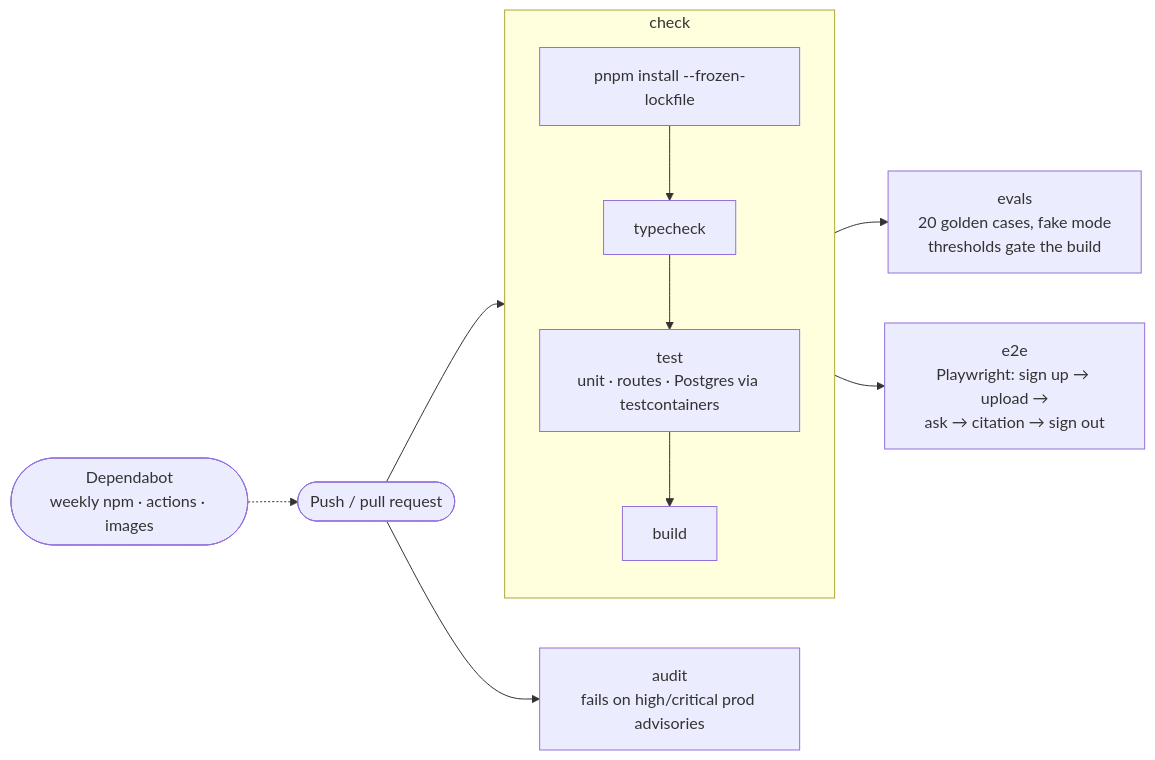
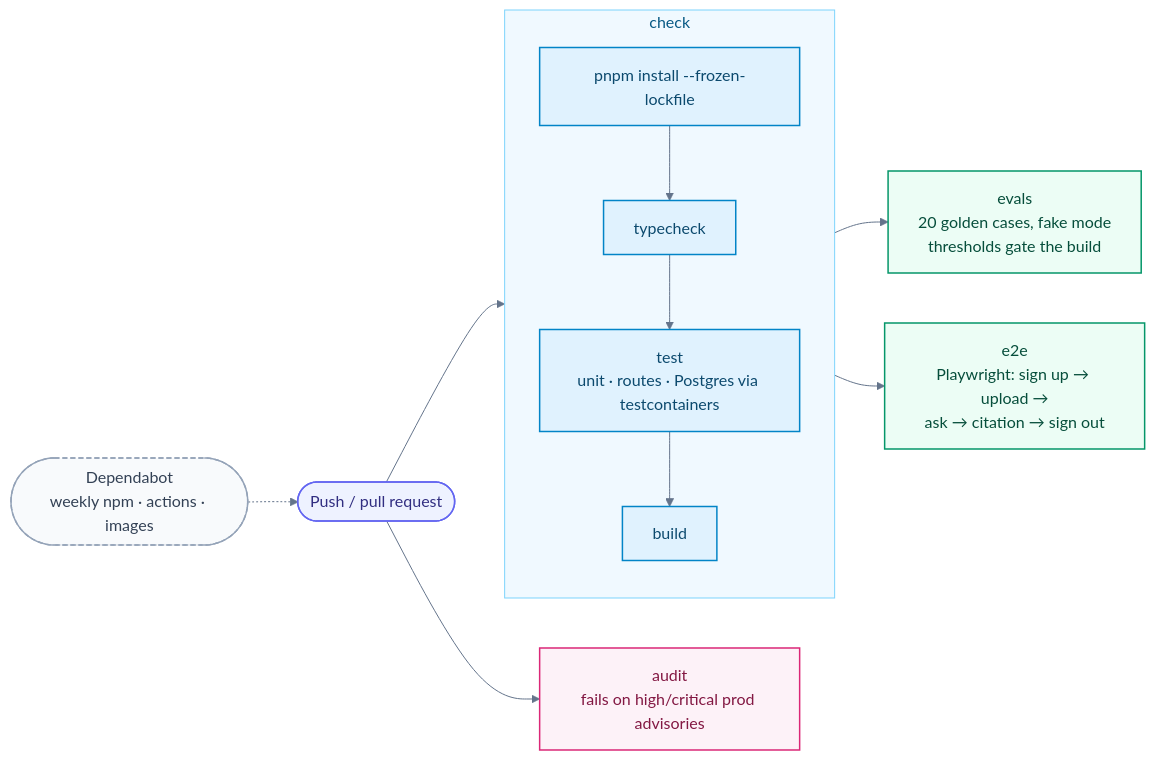
One commit to mrussum/practice-intel changed the eighth of 9 diagrams in docs/architecture.md. Above: the diagram before and after it, drawn with Mermaid. The commit also changed other lines of this file, not shown here.

First line of the commit message:
docs: colour-code the architecture diagrams

````diff
--- a/docs/architecture.md
+++ b/docs/architecture.md
@@ -285,17 +369,28 @@
 ```mermaid
+%%{init: {"theme":"base","themeVariables":{"primaryColor":"#E0F2FE","primaryBorderColor":"#0284C7","primaryTextColor":"#0F172A","lineColor":"#64748B","clusterBkg":"#F8FAFC","clusterBorder":"#CBD5E1","edgeLabelBackground":"#FFFFFF","titleColor":"#334155"}}}%%
 flowchart LR
-  push(["Push / pull request"]) --> check
+  push(["Push / pull request"]):::client --> check
   push --> audit
 
   subgraph check["check"]
     direction TB
-    c1["pnpm install --frozen-lockfile"] --> c2["typecheck"] --> c3["test<br/>unit · routes · Postgres via testcontainers"] --> c4["build"]
+    c1["pnpm install --frozen-lockfile"]:::app --> c2["typecheck"]:::app --> c3["test<br/>unit · routes · Postgres via testcontainers"]:::app --> c4["build"]:::app
   end
 
-  audit["audit<br/>fails on high/critical prod advisories"]
+  audit["audit<br/>fails on high/critical prod advisories"]:::sec
 
-  check --> evals["evals<br/>20 golden cases, fake mode<br/>thresholds gate the build"]
-  check --> e2e["e2e<br/>Playwright: sign up → upload →<br/>ask → citation → sign out"]
+  check --> evals["evals<br/>20 golden cases, fake mode<br/>thresholds gate the build"]:::data
+  check --> e2e["e2e<br/>Playwright: sign up → upload →<br/>ask → citation → sign out"]:::data
 
-  dependabot(["Dependabot<br/>weekly npm · actions · images"]) -.-> push
+  dependabot(["Dependabot<br/>weekly npm · actions · images"]):::ops -.-> push
+
+  classDef client fill:#EEF2FF,stroke:#6366F1,color:#312E81,stroke-width:1.5px
+  classDef app fill:#E0F2FE,stroke:#0284C7,color:#0C4A6E,stroke-width:1.5px
+  classDef logic fill:#F5F3FF,stroke:#7C3AED,color:#4C1D95,stroke-width:1.5px
+  classDef data fill:#ECFDF5,stroke:#059669,color:#064E3B,stroke-width:1.5px
+  classDef ai fill:#FFF7ED,stroke:#EA580C,color:#7C2D12,stroke-width:1.5px
+  classDef sec fill:#FDF2F8,stroke:#DB2777,color:#831843,stroke-width:1.5px
+  classDef decision fill:#FEFCE8,stroke:#CA8A04,color:#713F12,stroke-width:1.5px
+  classDef ops fill:#F8FAFC,stroke:#94A3B8,color:#334155,stroke-width:1.5px,stroke-dasharray:5 3
+  style check fill:#F0F9FF,stroke:#7DD3FC,color:#075985
 ```
````
